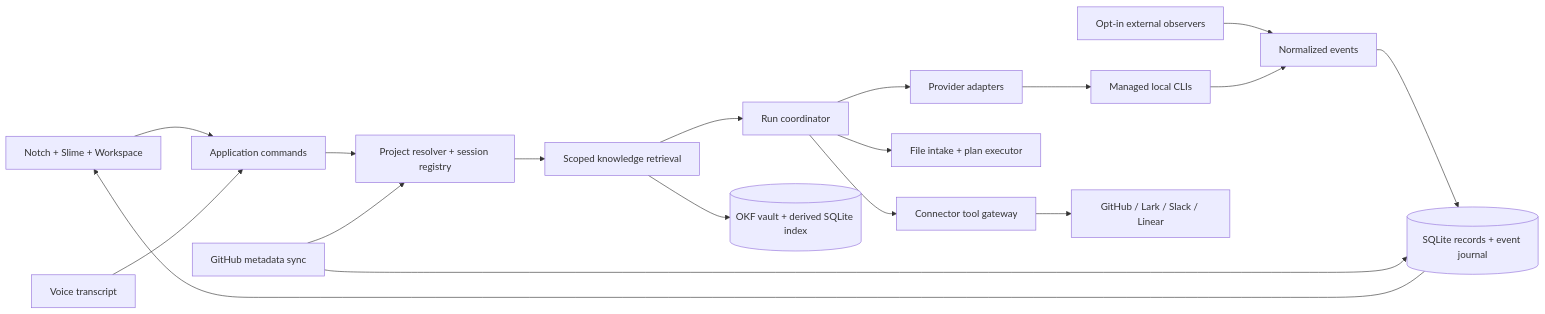
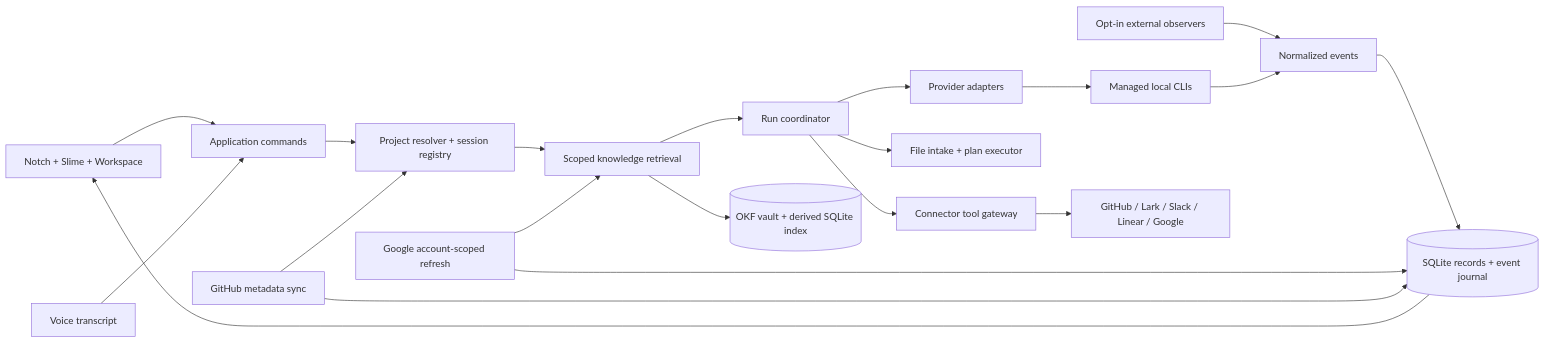
The diagram in docs/architecture.md (Ilexpwh/Mochlet), drawn with Mermaid before and after one commit. The commit also changed other lines of this file and 7 other files, not shown here.

Commit message:
docs: plan Google account and Workspace integrations

````diff
--- a/docs/architecture.md
+++ b/docs/architecture.md
@@ -5,20 +5,22 @@
 ```mermaid
 flowchart LR
   U[Notch + Slime + Workspace] --> C[Application commands]
   V[Voice transcript] --> C
   C --> PR[Project resolver + session registry]
   PR --> K[Scoped knowledge retrieval]
   K --> R[Run coordinator]
   R --> A[Provider adapters]
   A --> P[Managed local CLIs]
   O[Opt-in external observers] --> E[Normalized events]
   P --> E
   E --> D[(SQLite records + event journal)]
   D --> U
   R --> F[File intake + plan executor]
   R --> G[Connector tool gateway]
-  G --> X[GitHub / Lark / Slack / Linear]
+  G --> X[GitHub / Lark / Slack / Linear / Google]
+  GC[Google account-scoped refresh] --> D
+  GC --> K
   GS[GitHub metadata sync] --> D
   GS --> PR
   K --> KB[(OKF vault + derived SQLite index)]
 ```
````
